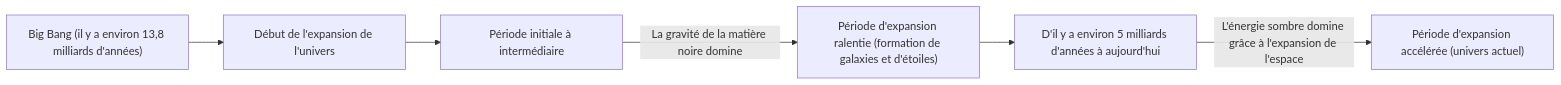
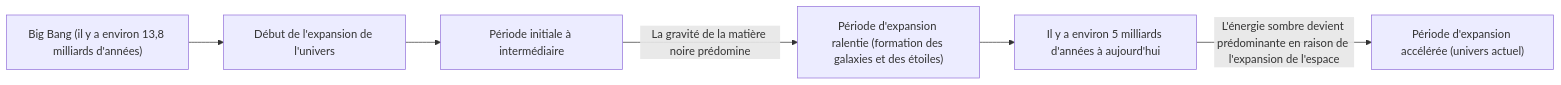
One commit to kenjinote/blog changed the second of 2 diagrams in content/post/dark-matter-dark-energy-mysteries/index.fr.md. Above: the diagram before and after it, drawn with Mermaid. The commit also changed other lines of this file and 12 other files, not shown here.

````diff
--- a/content/post/dark-matter-dark-energy-mysteries/index.fr.md
+++ b/content/post/dark-matter-dark-energy-mysteries/index.fr.md
@@ -84,8 +89,8 @@
 ```mermaid
 graph LR
     A["Big Bang (il y a environ 13,8 milliards d'années)"] --> B["Début de l'expansion de l'univers"]
     B --> C["Période initiale à intermédiaire"]
-    C -- "La gravité de la matière noire domine" --> D["Période d'expansion ralentie (formation de galaxies et d'étoiles)"]
-    D --> E["D'il y a environ 5 milliards d'années à aujourd'hui"]
-    E -- "L'énergie sombre domine grâce à l'expansion de l'espace" --> F["Période d'expansion accélérée (univers actuel)"]
+    C -- "La gravité de la matière noire prédomine" --> D["Période d'expansion ralentie (formation des galaxies et des étoiles)"]
+    D --> E["Il y a environ 5 milliards d'années à aujourd'hui"]
+    E -- "L'énergie sombre devient prédominante en raison de l'expansion de l'espace" --> F["Période d'expansion accélérée (univers actuel)"]
 ```
````
